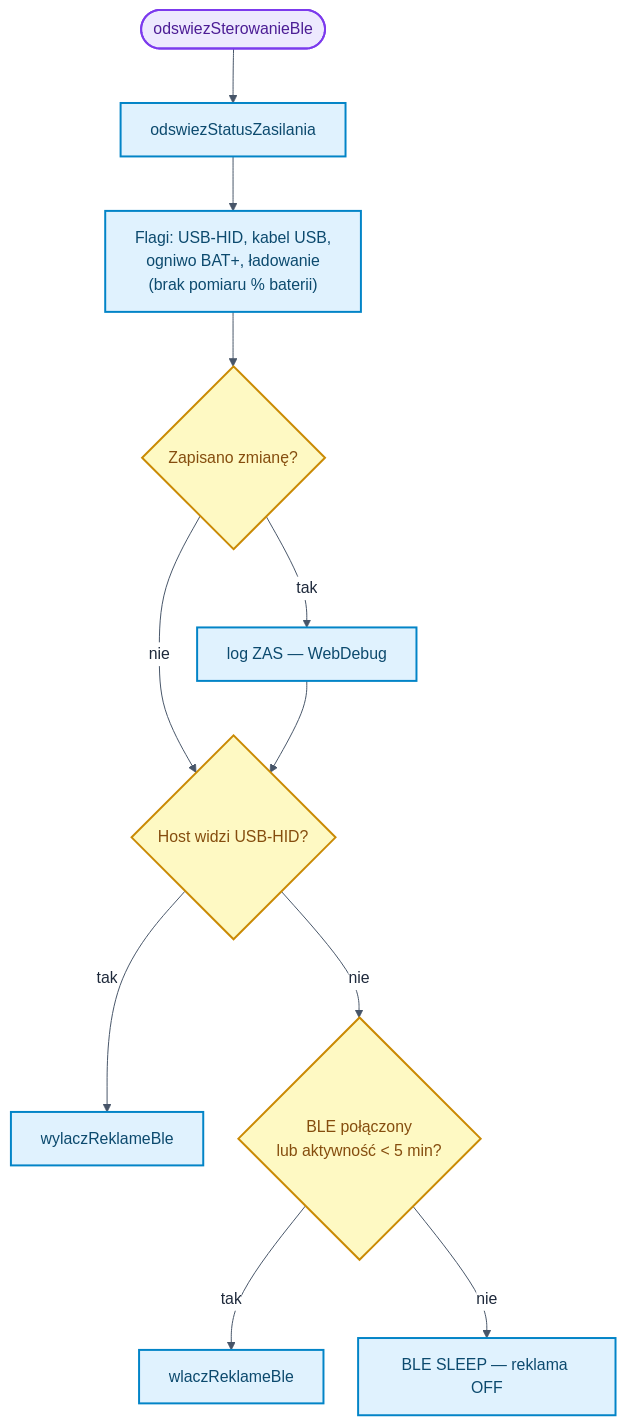
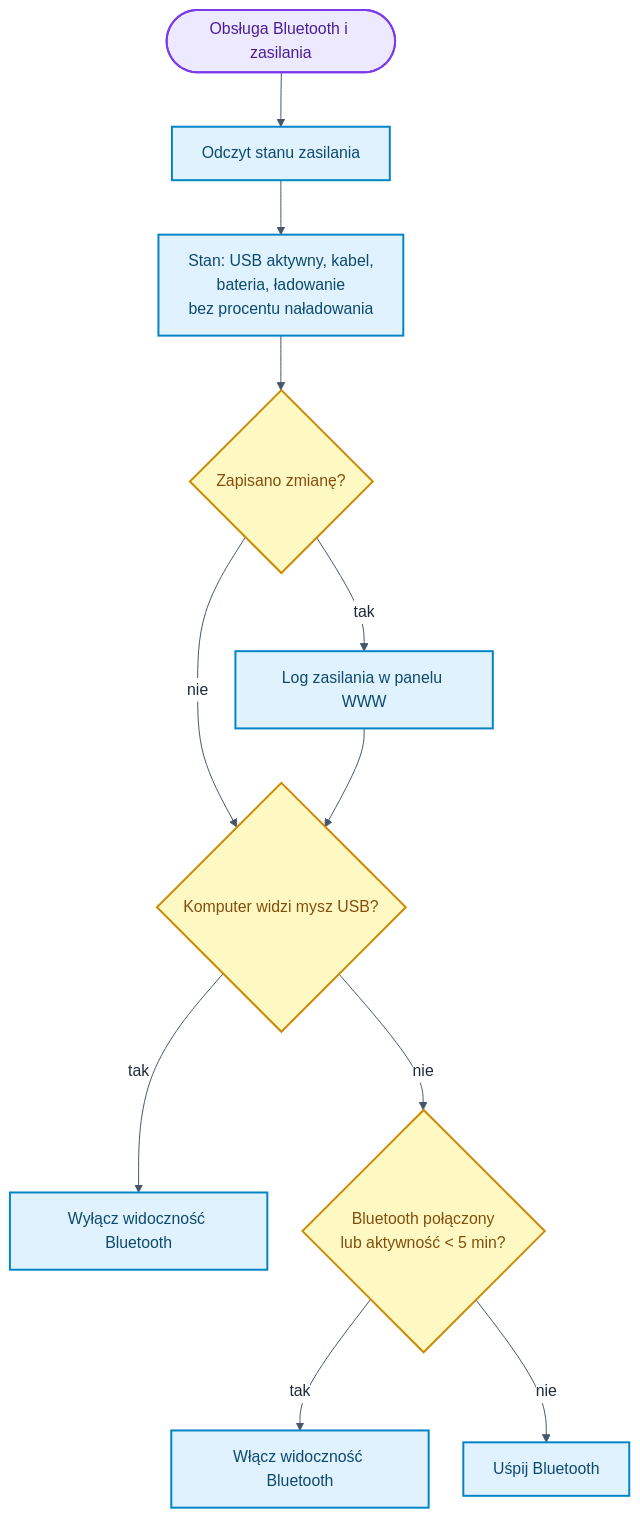
One commit to bartkadres-ai/HEFAS-4.0 changed the fifth of 10 diagrams in README.md. Above: the diagram before and after it, drawn with Mermaid. The commit also changed other lines of this file, not shown here.

````diff
--- a/README.md
+++ b/README.md
@@ -455,22 +455,22 @@
 ```mermaid
-%%{init: {'theme':'base','themeVariables':{'background':'#ffffff','mainBkg':'#ffffff','primaryColor':'#ffffff','primaryTextColor':'#1e293b','primaryBorderColor':'#64748b','lineColor':'#475569','edgeLabelBackground':'#ffffff'},'flowchart':{'curve':'basis','nodeSpacing':35,'rankSpacing':55}}}%%
+%%{init: {"theme":"base","themeVariables":{"background":"#ffffff","mainBkg":"#ffffff","secondaryColor":"#ffffff","tertiaryColor":"#ffffff","primaryColor":"#ffffff","primaryTextColor":"#1e293b","secondaryTextColor":"#1e293b","tertiaryTextColor":"#1e293b","primaryBorderColor":"#64748b","lineColor":"#475569","clusterBkg":"#f8fafc","clusterBorder":"#cbd5e1","edgeLabelBackground":"#ffffff","textColor":"#1e293b"},"themeCSS":".mermaid,.mermaid svg{background-color:#ffffff!important;padding:8px}.nodeLabel,.edgeLabel,.label,.cluster-label{color:#1e293b!important}.cluster rect{fill:#f8fafc!important;stroke:#cbd5e1!important}","flowchart":{"curve":"basis","nodeSpacing":35,"rankSpacing":55}}}%%
 flowchart TD
-    Z([odswiezSterowanieBle]) --> ST[odswiezStatusZasilania]
-    ST --> FL["Flagi: USB-HID, kabel USB,<br/>ogniwo BAT+, ładowanie<br/>(brak pomiaru % baterii)"]
+    Z([Obsługa Bluetooth i zasilania]) --> ST[Odczyt stanu zasilania]
+    ST --> FL["Stan: USB aktywny, kabel,<br/>bateria, ładowanie<br/>bez procentu naładowania"]
     FL --> CHG{Zapisano zmianę?}
-    CHG -->|tak| LOGZ["log ZAS — WebDebug"]
+    CHG -->|tak| LOGZ[Log zasilania w panelu WWW]
     CHG -->|nie| USBCHK
-    LOGZ --> USBCHK{Host widzi USB-HID?}
+    LOGZ --> USBCHK{Komputer widzi mysz USB?}
 
-    USBCHK -->|tak| OFF[wylaczReklameBle]
-    USBCHK -->|nie| CON{BLE połączony<br/>lub aktywność &lt; 5 min?}
-    CON -->|tak| ON[wlaczReklameBle]
-    CON -->|nie| SLEEP[BLE SLEEP — reklama OFF]
+    USBCHK -->|tak| OFF[Wyłącz widoczność Bluetooth]
+    USBCHK -->|nie| CON{Bluetooth połączony<br/>lub aktywność &lt; 5 min?}
+    CON -->|tak| ON[Włącz widoczność Bluetooth]
+    CON -->|nie| SLEEP[Uśpij Bluetooth]
 
     classDef startEnd fill:#ede9fe,stroke:#7c3aed,stroke-width:2px,color:#4c1d95
     classDef process fill:#e0f2fe,stroke:#0284c7,stroke-width:2px,color:#0c4a6e
     classDef decision fill:#fef9c3,stroke:#ca8a04,stroke-width:2px,color:#854d0e
     class Z startEnd
     class ST,FL,LOGZ,OFF,ON,SLEEP process
     class CHG,USBCHK,CON decision
 ```
````
